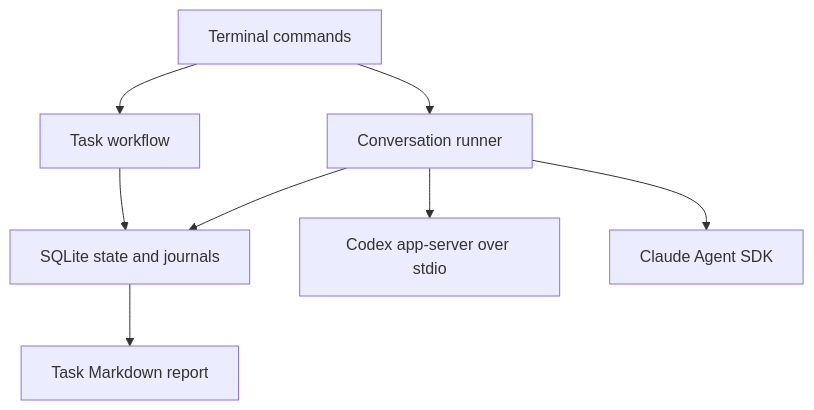
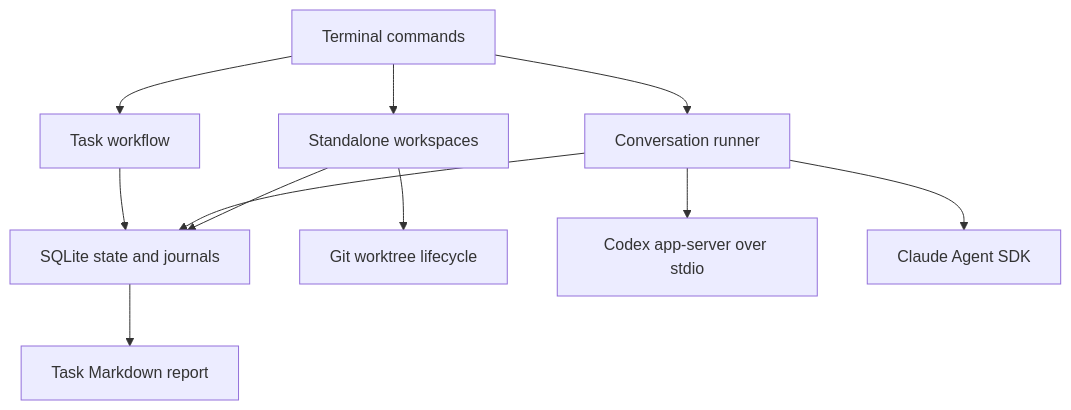
Before and after one commit to jazzonaut/grampus: the diagram in docs/ARCHITECTURE.md, drawn with Mermaid. The commit also changed other lines of this file and 9 other files, not shown here.

Commit message:
Add durable standalone task workspaces

````diff
--- a/docs/ARCHITECTURE.md
+++ b/docs/ARCHITECTURE.md
@@ -9,10 +9,13 @@
 ```mermaid
 flowchart TD
     CLI[Terminal commands] --> Workflow[Task workflow]
     CLI --> Sessions[Conversation runner]
+    CLI --> Workspaces[Standalone workspaces]
     Workflow --> Store[SQLite state and journals]
     Sessions --> Store
+    Workspaces --> Store
+    Workspaces --> Git[Git worktree lifecycle]
     Sessions --> Codex[Codex app-server over stdio]
     Sessions --> Claude[Claude Agent SDK]
     Store --> Report[Task Markdown report]
 ```
````
